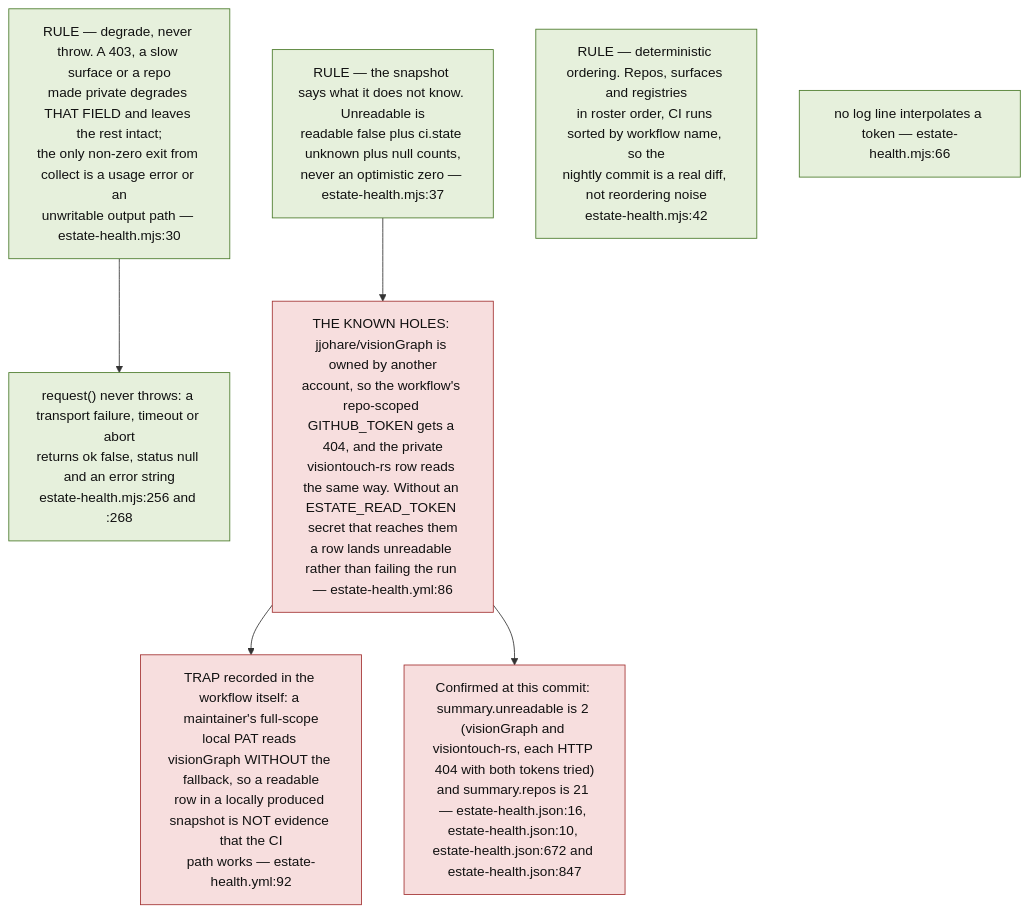
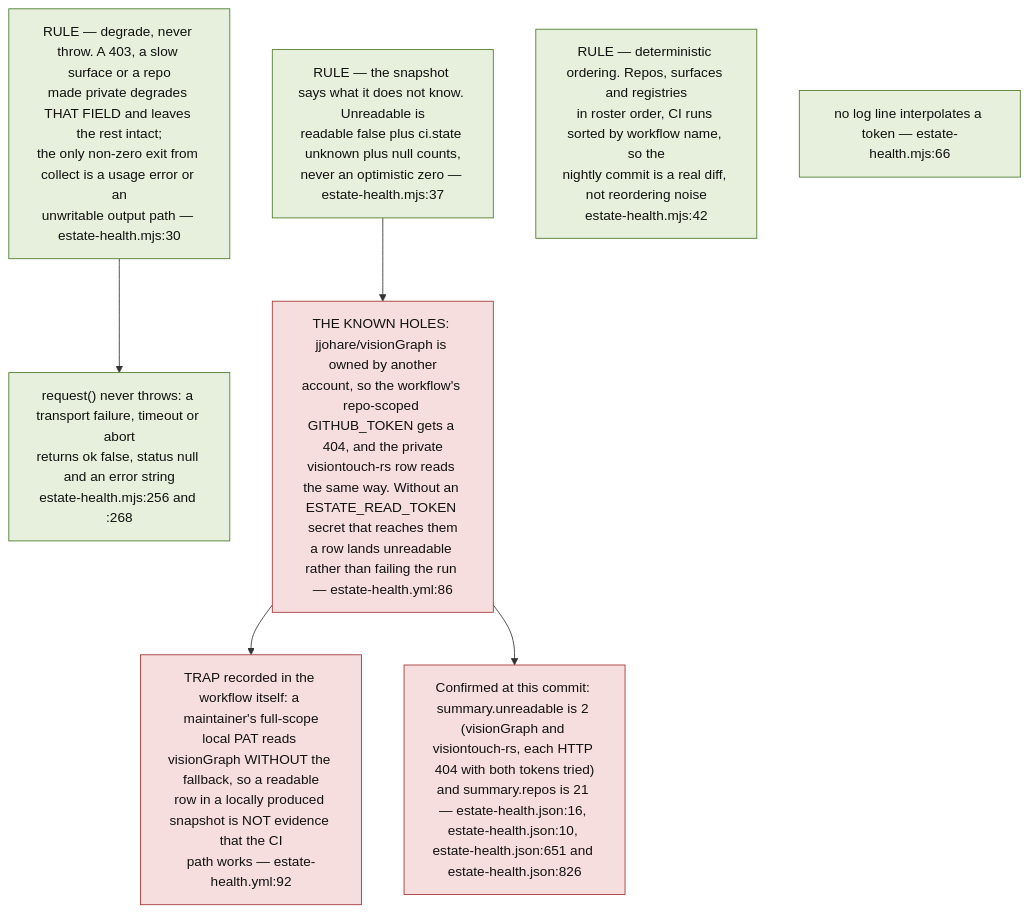
One commit to DreamLab-AI/VisionFlow changed the fifth of 10 diagrams in docs/diagrams/visionflow/03-estate-health.md. Above: the diagram before and after it, drawn with Mermaid. The commit also changed other lines of this file and 9 other files, not shown here.

````diff
--- a/docs/diagrams/visionflow/03-estate-health.md
+++ b/docs/diagrams/visionflow/03-estate-health.md
@@ -178,20 +178,20 @@
 ```mermaid
 flowchart TB
     classDef rule fill:#e6f0dc,stroke:#4a7a2a,color:#111
     classDef bad fill:#f7dede,stroke:#a33333,color:#111
 
     R1["RULE — degrade, never throw. A 403, a slow surface or a repo<br/>made private degrades THAT FIELD and leaves the rest intact;<br/>the only non-zero exit from collect is a usage error or an<br/>unwritable output path — estate-health.mjs:30"]:::rule
     R2["RULE — the snapshot says what it does not know. Unreadable is<br/>readable false plus ci.state unknown plus null counts,<br/>never an optimistic zero — estate-health.mjs:37"]:::rule
     R3["RULE — deterministic ordering. Repos, surfaces and registries<br/>in roster order, CI runs sorted by workflow name, so the<br/>nightly commit is a real diff, not reordering noise<br/>estate-health.mjs:42"]:::rule
 
     MECH["request() never throws: a transport failure, timeout or abort<br/>returns ok false, status null and an error string<br/>estate-health.mjs:256 and :268"]:::rule
     R1 --> MECH
     NOTOK["no log line interpolates a token — estate-health.mjs:66"]:::rule
 
     HOLE["THE KNOWN HOLES: jjohare/visionGraph is owned by another<br/>account, so the workflow's repo-scoped GITHUB_TOKEN gets a 404, and the private<br/>visiontouch-rs row reads the same way. Without an ESTATE_READ_TOKEN secret that reaches them<br/>a row lands unreadable rather than failing the run — estate-health.yml:86"]:::bad
     R2 --> HOLE
     TRAP["TRAP recorded in the workflow itself: a maintainer's full-scope<br/>local PAT reads visionGraph WITHOUT the fallback, so a readable<br/>row in a locally produced snapshot is NOT evidence that the CI<br/>path works — estate-health.yml:92"]:::bad
     HOLE --> TRAP
-    LIVE["Confirmed at this commit: summary.unreadable is 2 (visionGraph and visiontouch-rs, each HTTP 404 with both tokens tried)<br/>and summary.repos is 21 — estate-health.json:16, estate-health.json:10, estate-health.json:672 and estate-health.json:847"]:::bad
+    LIVE["Confirmed at this commit: summary.unreadable is 2 (visionGraph and visiontouch-rs, each HTTP 404 with both tokens tried)<br/>and summary.repos is 21 — estate-health.json:16, estate-health.json:10, estate-health.json:651 and estate-health.json:826"]:::bad
     HOLE --> LIVE
 ```
````
